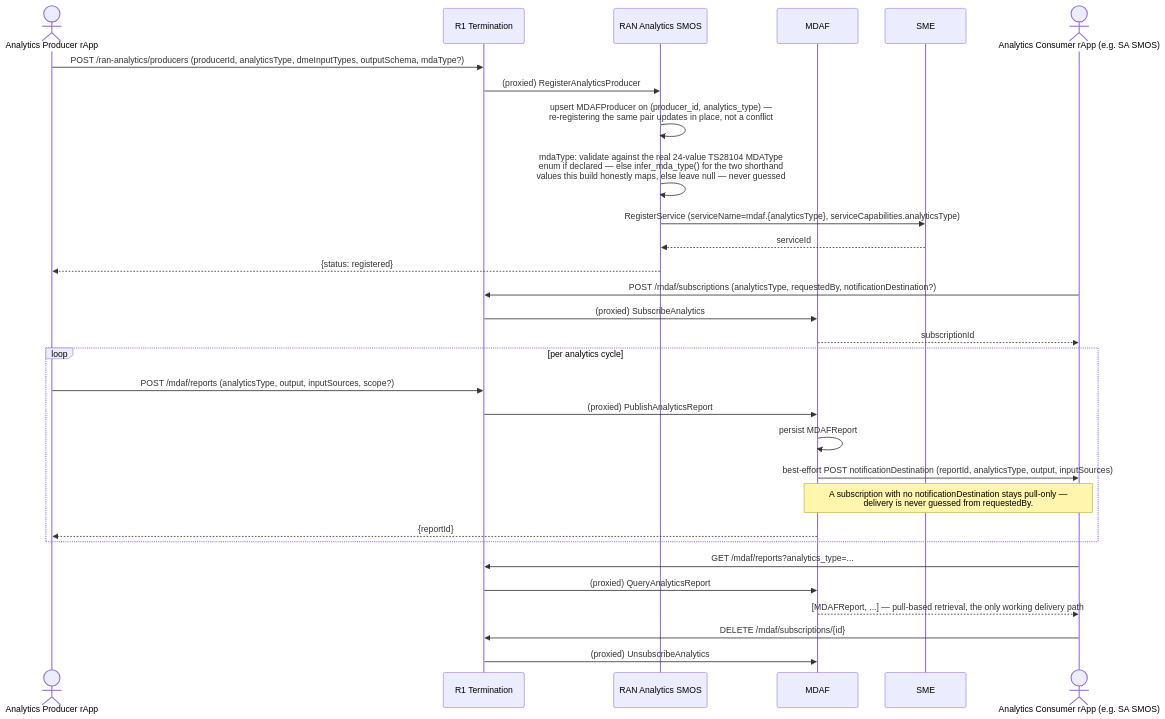
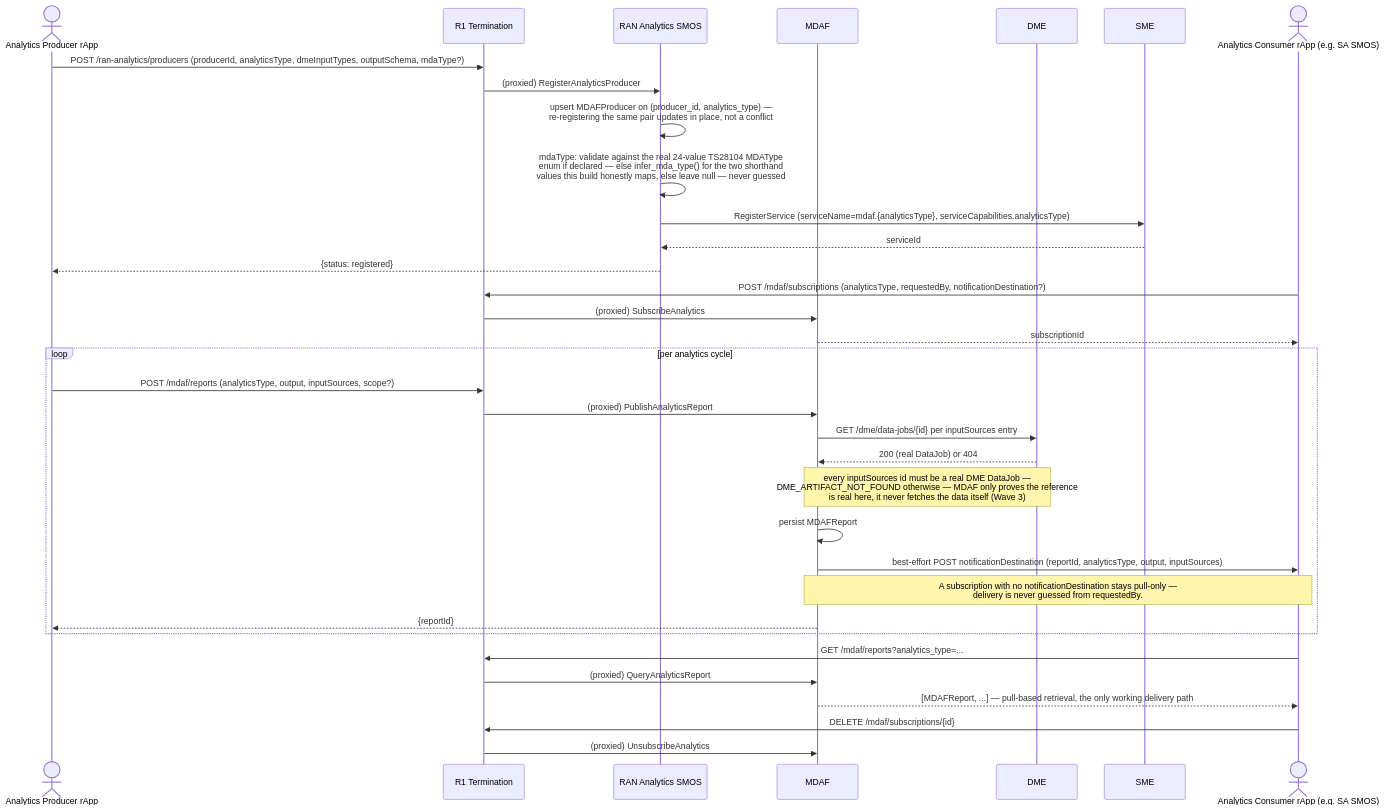
The diagram in smo/docs/call-flows/08-ran-analytics-data-production.md (rsys-bshankar/ai-ran-ref), drawn with Mermaid before and after one commit. The commit also changed 11 other files, not shown here.

First line of the commit message:
Ground 10 call flows against the user's architectural review, write up 7 AI/ML-pipeline gaps in OPEN_ITEMS.md

````diff
--- a/smo/docs/call-flows/08-ran-analytics-data-production.md
+++ b/smo/docs/call-flows/08-ran-analytics-data-production.md
@@ -17,37 +17,41 @@
 ```mermaid
 sequenceDiagram
     actor Producer as Analytics Producer rApp
     participant R1 as R1 Termination
     participant RanA as RAN Analytics SMOS
     participant MDAF as MDAF
+    participant DME as DME
     participant SME as SME
     actor Consumer as Analytics Consumer rApp (e.g. SA SMOS)
 
     Producer->>R1: POST /ran-analytics/producers (producerId, analyticsType, dmeInputTypes, outputSchema, mdaType?)
     R1->>RanA: (proxied) RegisterAnalyticsProducer
     RanA->>RanA: upsert MDAFProducer on (producer_id, analytics_type) —<br/>re-registering the same pair updates in place, not a conflict
     RanA->>RanA: mdaType: validate against the real 24-value TS28104 MDAType<br/>enum if declared — else infer_mda_type() for the two shorthand<br/>values this build honestly maps, else leave null — never guessed
     RanA->>SME: RegisterService (serviceName=mdaf.{analyticsType}, serviceCapabilities.analyticsType)
     SME-->>RanA: serviceId
     RanA-->>Producer: {status: registered}
 
     Consumer->>R1: POST /mdaf/subscriptions (analyticsType, requestedBy, notificationDestination?)
     R1->>MDAF: (proxied) SubscribeAnalytics
     MDAF-->>Consumer: subscriptionId
 
     loop per analytics cycle
         Producer->>R1: POST /mdaf/reports (analyticsType, output, inputSources, scope?)
         R1->>MDAF: (proxied) PublishAnalyticsReport
+        MDAF->>DME: GET /dme/data-jobs/{id} per inputSources entry
+        DME-->>MDAF: 200 (real DataJob) or 404
+        Note over MDAF,DME: every inputSources id must be a real DME DataJob —<br/>DME_ARTIFACT_NOT_FOUND otherwise — MDAF only proves the reference<br/>is real here, it never fetches the data itself (Wave 3)
         MDAF->>MDAF: persist MDAFReport
         MDAF->>Consumer: best-effort POST notificationDestination (reportId, analyticsType, output, inputSources)
         Note over MDAF,Consumer: A subscription with no notificationDestination stays pull-only —<br/>delivery is never guessed from requestedBy.
         MDAF-->>Producer: {reportId}
     end
 
     Consumer->>R1: GET /mdaf/reports?analytics_type=...
     R1->>MDAF: (proxied) QueryAnalyticsReport
     MDAF-->>Consumer: [MDAFReport, ...] — pull-based retrieval, the only working delivery path
 
     Consumer->>R1: DELETE /mdaf/subscriptions/{id}
     R1->>MDAF: (proxied) UnsubscribeAnalytics
 ```
````
